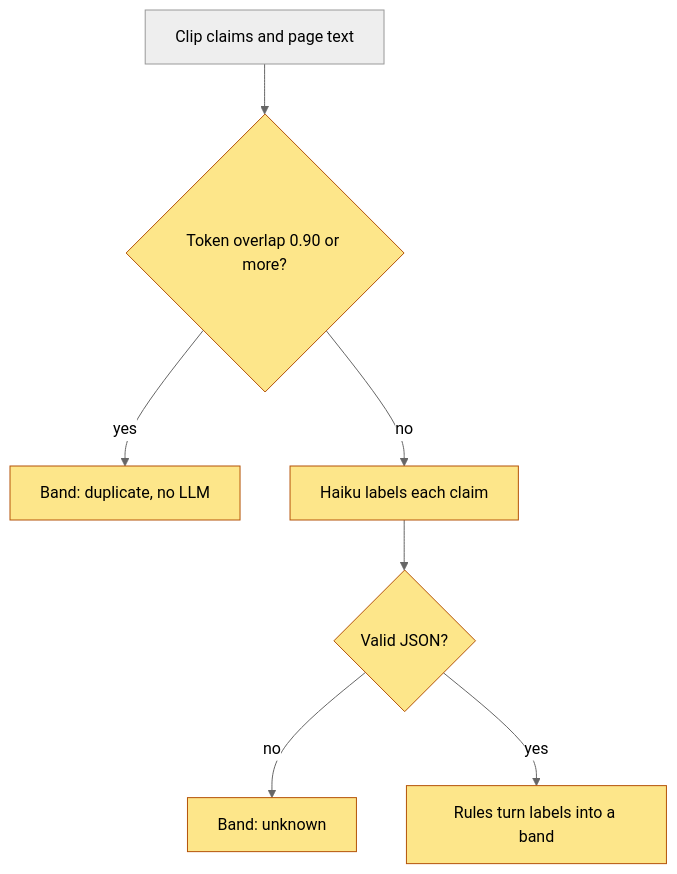
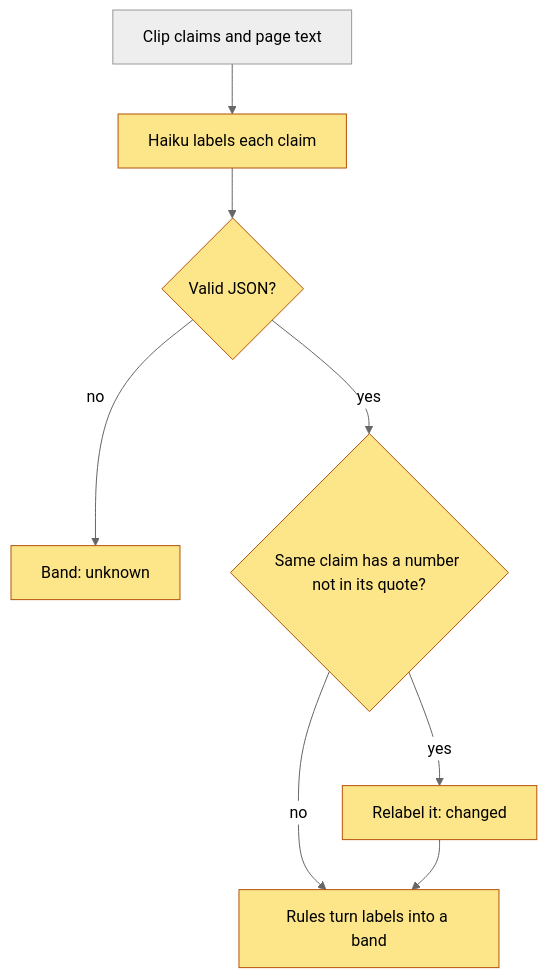
Before and after one commit to Sakethv7/SakethWiki: the second of 6 diagrams in docs/capture-conflict-review/adr.md, drawn with Mermaid (neutral theme). The commit also changed other lines of this file and 10 other files, not shown here.

````diff
--- a/docs/capture-conflict-review/adr.md
+++ b/docs/capture-conflict-review/adr.md
@@ -36,11 +36,12 @@
 ```mermaid
 flowchart TD
-    A[Clip claims and page text] --> B{Token overlap 0.90 or more?}
-    B -- yes --> C[Band: duplicate, no LLM]
-    B -- no --> D[Haiku labels each claim]
+    A[Clip claims and page text] --> D[Haiku labels each claim]
     D --> E{Valid JSON?}
     E -- no --> F[Band: unknown]
-    E -- yes --> G[Rules turn labels into a band]
+    E -- yes --> H{Same claim has a number not in its quote?}
+    H -- yes --> I[Relabel it: changed]
+    H -- no --> G[Rules turn labels into a band]
+    I --> G
     classDef new fill:#fde68a,stroke:#b45309,color:#000;
-    class B,C,D,E,F,G new;
+    class D,E,F,G,H,I new;
 ```
````
